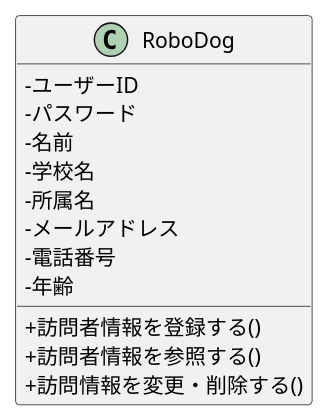
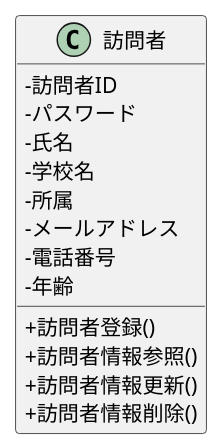
Before and after one commit to ghbuser12/ohara_uml: the diagram in 07_web_vistor/class.pu, drawn with PlantUML. The commit also changed 2 other files, not shown here.

```diff
--- a/07_web_vistor/class.pu
+++ b/07_web_vistor/class.pu
@@ -1,16 +1,18 @@
-@startuml .
-skinparam classAttributeIconSize 0
-class RoboDog {
- -ユーザーID
+@startuml
+skinparam ClassAttributeIconSize 0
+class 訪問者 {
+ -訪問者ID
  -パスワード
- -名前
+ -氏名
  -学校名
- -所属名
+ -所属
  -メールアドレス
  -電話番号
  -年齢
- +訪問者情報を登録する()
- +訪問者情報を参照する()
- +訪問情報を変更・削除する()
+ +訪問者登録()
+ +訪問者情報参照()
+ +訪問者情報更新()
+ +訪問者情報削除()
 }
+
 @enduml
```
